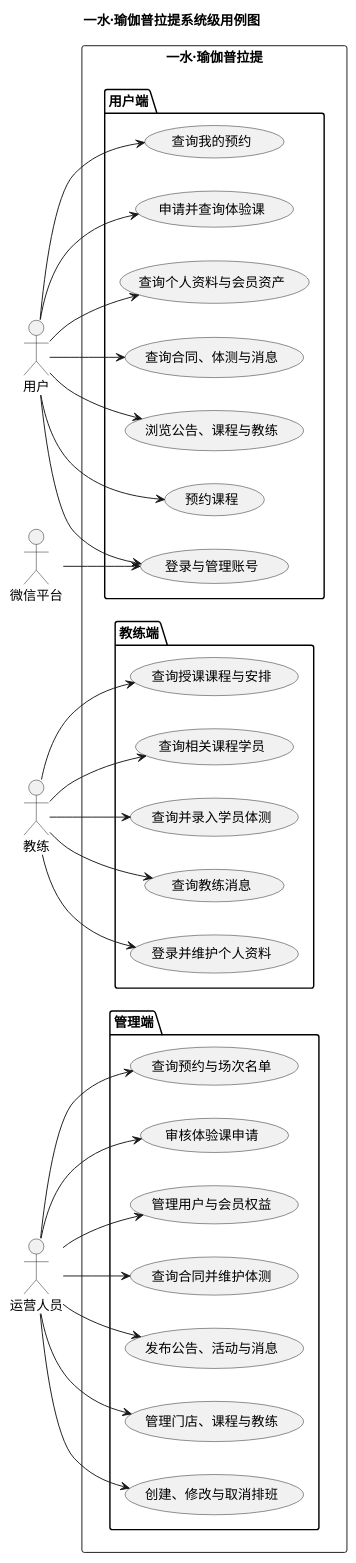
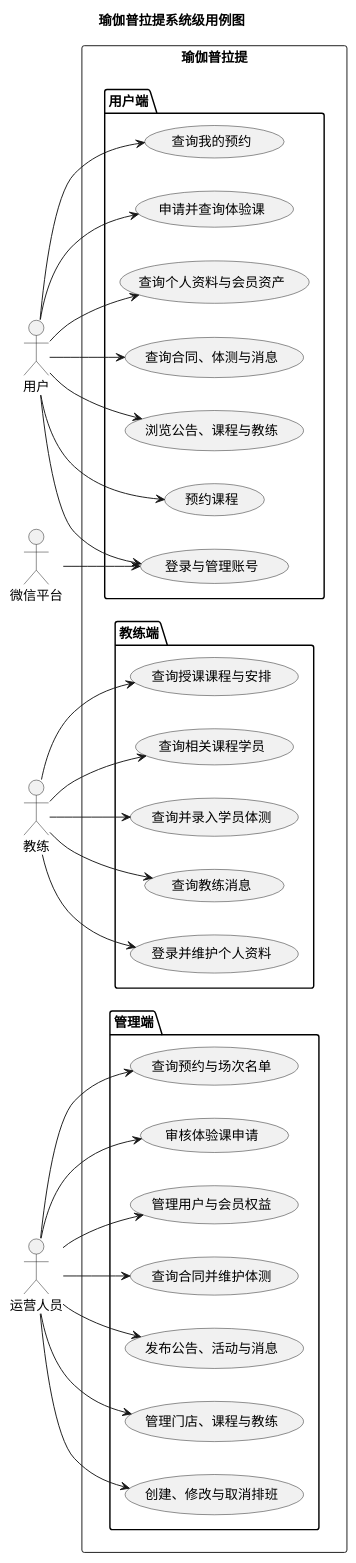
The second of 7 diagrams in docs/需求分析/需求分析.md (duo2530/techplant-yoga), drawn with PlantUML before and after one commit. The commit also changed other lines of this file and 31 other files, not shown here.

````diff
--- a/docs/需求分析/需求分析.md
+++ b/docs/需求分析/需求分析.md
@@ -266,65 +266,65 @@
 ```plantuml
 @startuml
 left to right direction
-title 一水·瑜伽普拉提系统级用例图
+title 瑜伽普拉提系统级用例图
 
 actor "用户" as User
 actor "教练" as Coach
 actor "运营人员" as Ops
 actor "微信平台" as WX
 
-rectangle "一水·瑜伽普拉提" {
+rectangle "瑜伽普拉提" {
   package "用户端" {
     usecase "登录与管理账号" as U_Login
     usecase "浏览公告、课程与教练" as U_Browse
     usecase "预约课程" as U_Book
     usecase "查询我的预约" as U_MyBook
     usecase "申请并查询体验课" as U_Trial
     usecase "查询个人资料与会员资产" as U_Assets
     usecase "查询合同、体测与消息" as U_Record
   }
 
   package "教练端" {
     usecase "登录并维护个人资料" as C_Profile
     usecase "查询授课课程与安排" as C_Schedule
     usecase "查询相关课程学员" as C_Students
     usecase "查询并录入学员体测" as C_Test
     usecase "查询教练消息" as C_Message
   }
 
   package "管理端" {
     usecase "管理门店、课程与教练" as O_Base
     usecase "创建、修改与取消排班" as O_Schedule
     usecase "查询预约与场次名单" as O_Booking
     usecase "审核体验课申请" as O_Trial
     usecase "管理用户与会员权益" as O_Member
     usecase "查询合同并维护体测" as O_Record
     usecase "发布公告、活动与消息" as O_Content
   }
 }
 
 User --> U_Login
 User --> U_Browse
 User --> U_Book
 User --> U_MyBook
 User --> U_Trial
 User --> U_Assets
 User --> U_Record
 
 Coach --> C_Profile
 Coach --> C_Schedule
 Coach --> C_Students
 Coach --> C_Test
 Coach --> C_Message
 
 Ops --> O_Base
 Ops --> O_Schedule
 Ops --> O_Booking
 Ops --> O_Trial
 Ops --> O_Member
 Ops --> O_Record
 Ops --> O_Content
 
 WX --> U_Login
 @enduml
 ```
````
